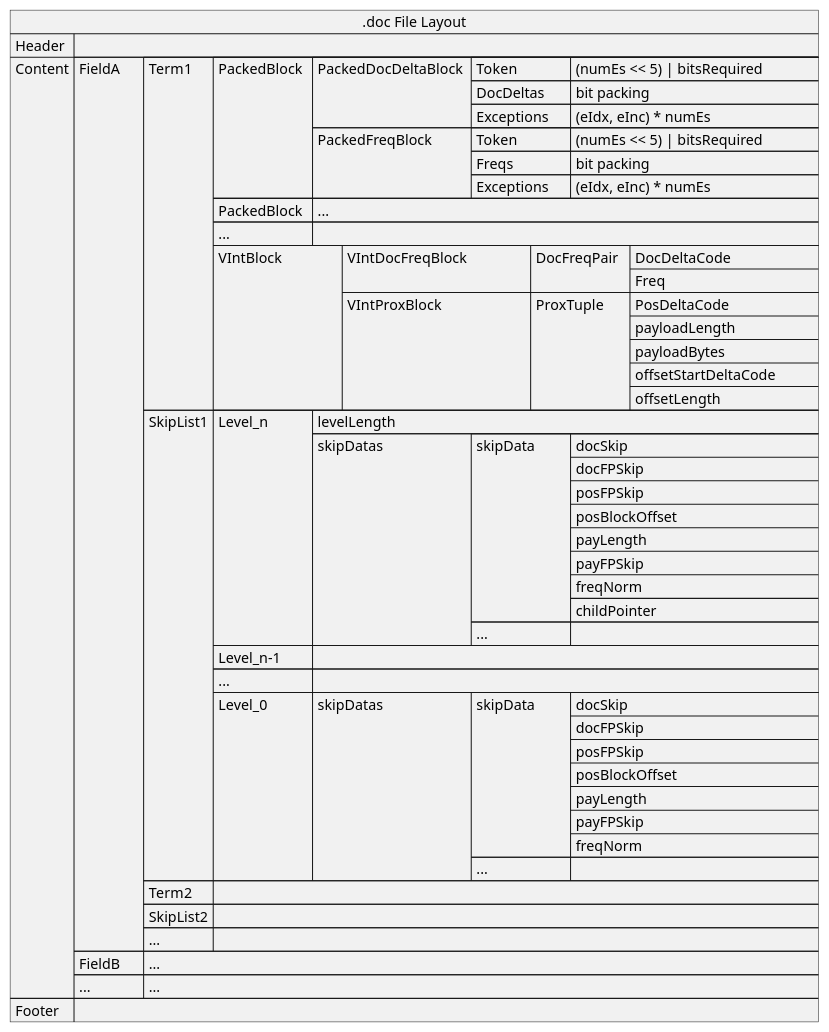
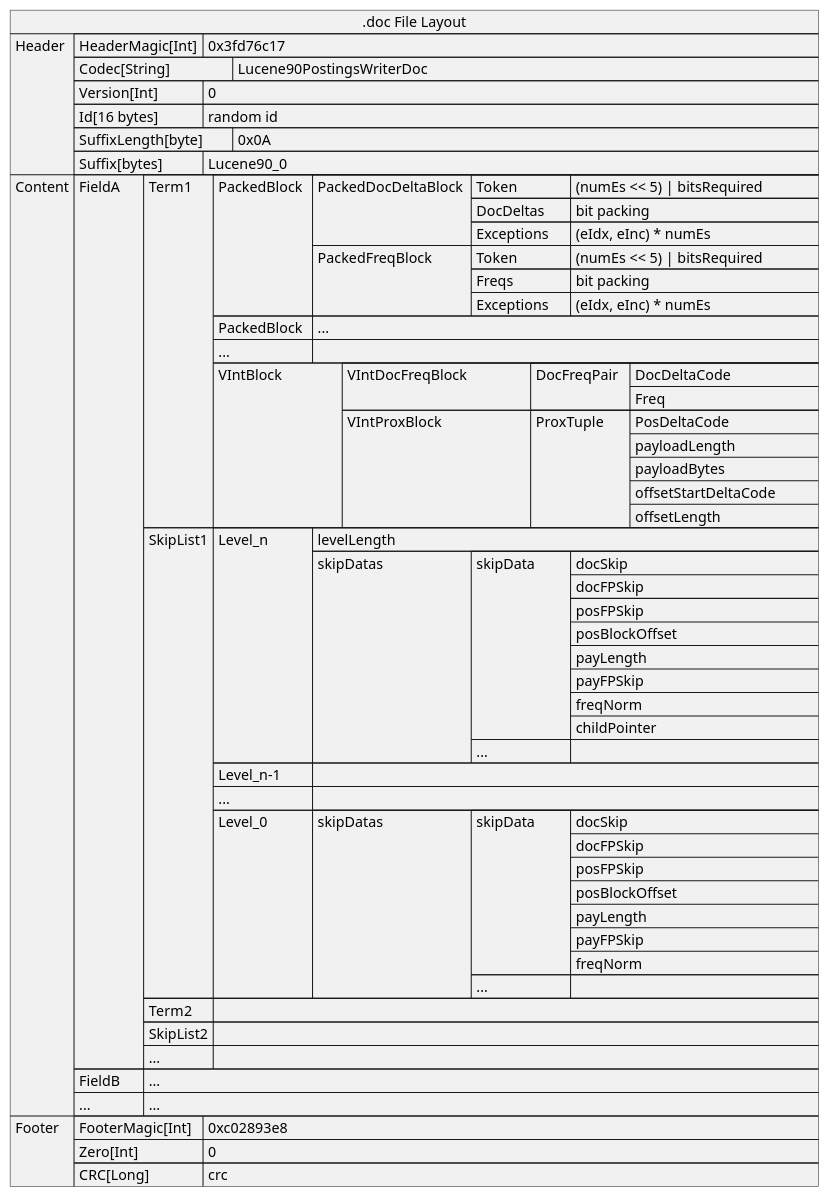
The diagram in uml/doc.puml (big-peter/lucene), drawn with PlantUML before and after one commit. The commit also changed 2 other files, not shown here.

```diff
--- a/uml/doc.puml
+++ b/uml/doc.puml
@@ -36,84 +36,95 @@
 @startuml
 json ".doc File Layout" as J {
-   "Header":"",
+   "Header":[
+      {"HeaderMagic[Int]\t": "0x3fd76c17"},
+      {"Codec[String]\t\t": "Lucene90PostingsWriterDoc"},
+      {"Version[Int]\t\t": "0"},
+      {"Id[16 bytes]\t\t": "random id"},
+      {"SuffixLength[byte]\t": "0x0A"},
+      {"Suffix[bytes]\t\t": "Lucene90_0"}
+   ],
    "Content":[
     {"FieldA\t": [
       {"Term1\t": [
          {"PackedBlock\t":[
             {"PackedDocDeltaBlock\t":[
                {"Token\t\t": "(numEs << 5) | bitsRequired"},
                {"DocDeltas\t": "bit packing"},
                {"Exceptions\t": "(eIdx, eInc) * numEs"}
             ]},
             {"PackedFreqBlock\t\t":[
               {"Token\t\t": "(numEs << 5) | bitsRequired"},
               {"Freqs\t\t": "bit packing"},
               {"Exceptions\t": "(eIdx, eInc) * numEs"}
             ]}
          ]},
          {"PackedBlock\t":["..."]},
          {"...\t\t\t":[]},
          {"VIntBlock\t\t":[
             {"VIntDocFreqBlock\t\t": [
                {"DocFreqPair\t": [
                   "DocDeltaCode\t\t\t",
                   "Freq"
                ]}
             ]},
             {"VIntProxBlock\t\t\t": [
                {"ProxTuple\t":[
                   "PosDeltaCode",
                   "payloadLength",
                   "payloadBytes",
                   "offsetStartDeltaCode\t\t",
                   "offsetLength"
                ]}
             ]}
          ]}
       ]},
       {"SkipList1\t": [
          {"Level_n\t\t": [
             "levelLength",
             {"skipDatas\t\t\t":[
                {"skipData\t\t":[
                   "docSkip",
                   "docFPSkip",
                   "posFPSkip",
                   "posBlockOffset\t\t\t",
                   "payLength",
                   "payFPSkip",
                   "freqNorm",
                   "childPointer"
                ]},
                {"...\t\t\t": ""}
             ]
             }
          ]},
          {"Level_n-1\t": []},
          {"...\t\t\t": []},
          {"Level_0\t\t": [
             {"skipDatas\t\t\t":[
                {"skipData\t\t":[
                   "docSkip",
                   "docFPSkip",
                   "posFPSkip",
                   "posBlockOffset\t\t\t",
                   "payLength",
                   "payFPSkip",
                   "freqNorm"
                ]},
                {"...\t\t\t": ""}
             ]
             }
          ]}
       ]},
       {"Term2\t": []},
       {"SkipList2\t": []},
       {"...\t\t": []}
     ]},
     {"FieldB\t":["..."]},
     {"...\t\t":["..."]}
    ],
-   "Footer":""
+   "Footer":[
+      {"FooterMagic[Int]\t": "0xc02893e8"},
+      {"Zero[Int]\t\t\t": "0"},
+      {"CRC[Long]\t\t": "crc"}
+   ]
 }
 @enduml
```
